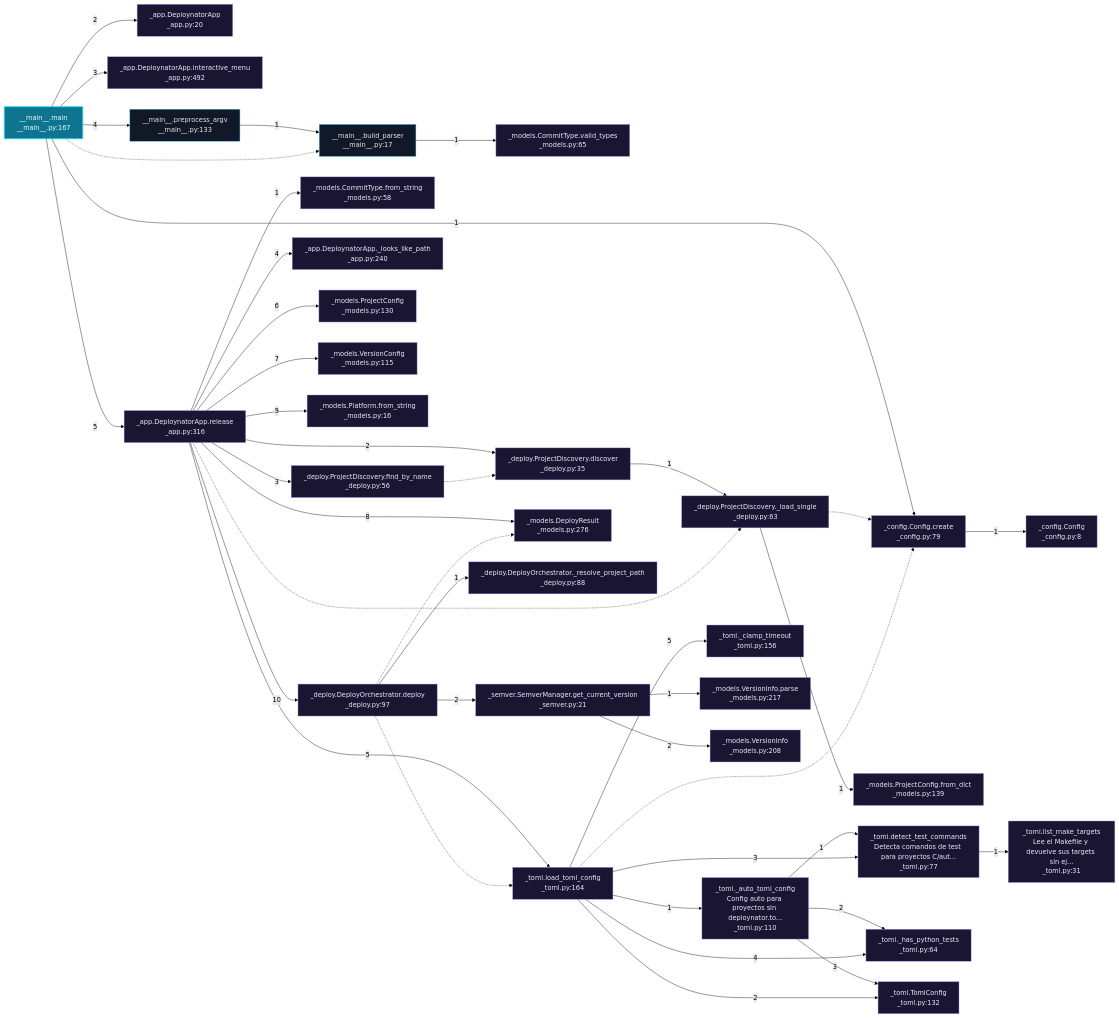
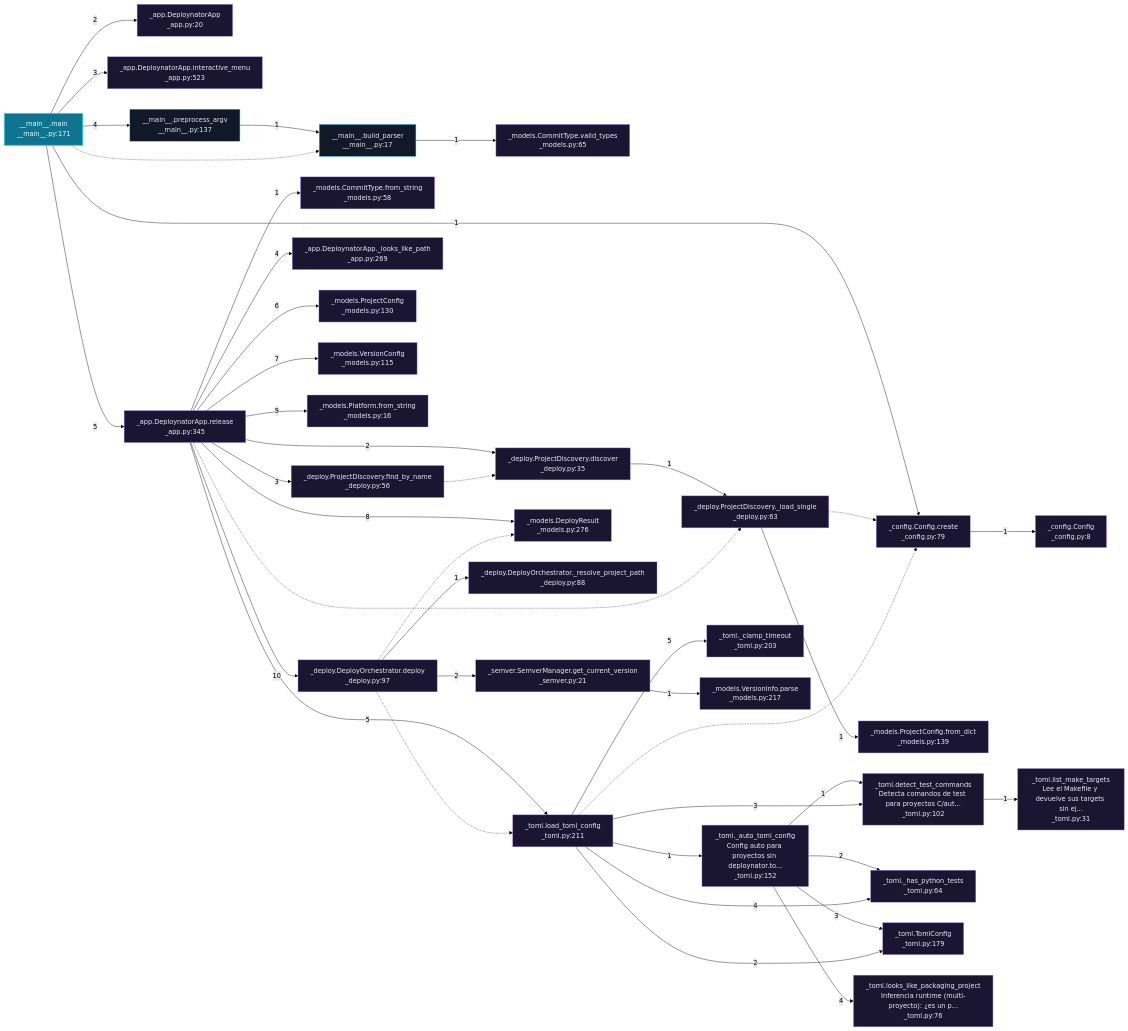
The sixth of 9 diagrams in readmenator-apidocs/architecture.md (grisuno/deploynator), drawn with Mermaid (forest theme) before and after one commit. The commit also changed other lines of this file and 82 other files, not shown here.

First line of the commit message:
test: test: automated release

````diff
--- a/readmenator-apidocs/architecture.md
+++ b/readmenator-apidocs/architecture.md
@@ -319,77 +318,77 @@
 ```mermaid
 flowchart LR
     classDef default fill:#111827,stroke:#38bdf8,color:#e5e7eb;
     classDef entry fill:#0e7490,stroke:#22d3ee,color:#ecfeff,stroke-width:2px;
     classDef external fill:#1a1530,stroke:#a78bfa,color:#ede9fe;
-    n_deploynator___main___py__main["__main__.main<br/>__main__.py:167"]:::entry
+    n_deploynator___main___py__main["__main__.main<br/>__main__.py:171"]:::entry
     n_deploynator__config_py__create["_config.Config.create<br/>_config.py:79"]:::external
     n_deploynator__config_py__Config["_config.Config<br/>_config.py:8"]:::external
     n_deploynator__app_py__DeploynatorApp["_app.DeploynatorApp<br/>_app.py:20"]:::external
-    n_deploynator__app_py__interactive_menu["_app.DeploynatorApp.interactive_menu<br/>_app.py:492"]:::external
-    n_deploynator___main___py__preprocess_argv["__main__.preprocess_argv<br/>__main__.py:133"]:::default
+    n_deploynator__app_py__interactive_menu["_app.DeploynatorApp.interactive_menu<br/>_app.py:523"]:::external
+    n_deploynator___main___py__preprocess_argv["__main__.preprocess_argv<br/>__main__.py:137"]:::default
     n_deploynator___main___py__build_parser["__main__.build_parser<br/>__main__.py:17"]:::default
     n_deploynator__models_py__valid_types["_models.CommitType.valid_types<br/>_models.py:65"]:::external
-    n_deploynator__app_py__release["_app.DeploynatorApp.release<br/>_app.py:316"]:::external
+    n_deploynator__app_py__release["_app.DeploynatorApp.release<br/>_app.py:345"]:::external
     n_deploynator__models_py__from_string_58["_models.CommitType.from_string<br/>_models.py:58"]:::external
     n_deploynator__deploy_py__discover["_deploy.ProjectDiscovery.discover<br/>_deploy.py:35"]:::external
     n_deploynator__deploy_py___load_single["_deploy.ProjectDiscovery._load_single<br/>_deploy.py:63"]:::external
     n_deploynator__models_py__from_dict_139["_models.ProjectConfig.from_dict<br/>_models.py:139"]:::external
     n_deploynator__deploy_py__find_by_name["_deploy.ProjectDiscovery.find_by_name<br/>_deploy.py:56"]:::external
-    n_deploynator__app_py___looks_like_path["_app.DeploynatorApp._looks_like_path<br/>_app.py:240"]:::external
-    n_deploynator__toml_py__load_toml_config["_toml.load_toml_config<br/>_toml.py:164"]:::external
-    n_deploynator__toml_py___auto_toml_config["_toml._auto_toml_config<br/>Config auto para proyectos sin deploynator.to...<br/>_toml.py:110"]:::external
-    n_deploynator__toml_py__detect_test_commands["_toml.detect_test_commands<br/>Detecta comandos de test para proyectos C/aut...<br/>_toml.py:77"]:::external
+    n_deploynator__app_py___looks_like_path["_app.DeploynatorApp._looks_like_path<br/>_app.py:269"]:::external
+    n_deploynator__toml_py__load_toml_config["_toml.load_toml_config<br/>_toml.py:211"]:::external
+    n_deploynator__toml_py___auto_toml_config["_toml._auto_toml_config<br/>Config auto para proyectos sin deploynator.to...<br/>_toml.py:152"]:::external
+    n_deploynator__toml_py__detect_test_commands["_toml.detect_test_commands<br/>Detecta comandos de test para proyectos C/aut...<br/>_toml.py:102"]:::external
     n_deploynator__toml_py___has_python_tests["_toml._has_python_tests<br/>_toml.py:64"]:::external
-    n_deploynator__toml_py__TomlConfig["_toml.TomlConfig<br/>_toml.py:132"]:::external
+    n_deploynator__toml_py__TomlConfig["_toml.TomlConfig<br/>_toml.py:179"]:::external
+    n_deploynator__toml_py__looks_like_packaging_project["_toml.looks_like_packaging_project<br/>Inferencia runtime (multi-proyecto): ¿es un p...<br/>_toml.py:76"]:::external
     n_deploynator__toml_py__list_make_targets["_toml.list_make_targets<br/>Lee el Makefile y devuelve sus targets sin ej...<br/>_toml.py:31"]:::external
-    n_deploynator__toml_py___clamp_timeout["_toml._clamp_timeout<br/>_toml.py:156"]:::external
+    n_deploynator__toml_py___clamp_timeout["_toml._clamp_timeout<br/>_toml.py:203"]:::external
     n_deploynator__models_py__ProjectConfig["_models.ProjectConfig<br/>_models.py:130"]:::external
     n_deploynator__models_py__VersionConfig["_models.VersionConfig<br/>_models.py:115"]:::external
     n_deploynator__models_py__DeployResult["_models.DeployResult<br/>_models.py:276"]:::external
     n_deploynator__models_py__from_string["_models.Platform.from_string<br/>_models.py:16"]:::external
     n_deploynator__deploy_py__deploy["_deploy.DeployOrchestrator.deploy<br/>_deploy.py:97"]:::external
     n_deploynator__deploy_py___resolve_project_path["_deploy.DeployOrchestrator._resolve_project_path<br/>_deploy.py:88"]:::external
     n_deploynator__semver_py__get_current_version["_semver.SemverManager.get_current_version<br/>_semver.py:21"]:::external
     n_deploynator__models_py__parse_217["_models.VersionInfo.parse<br/>_models.py:217"]:::external
-    n_deploynator__models_py__VersionInfo["_models.VersionInfo<br/>_models.py:208"]:::external
     n_deploynator___main___py__main -->|"1"| n_deploynator__config_py__create
     n_deploynator__config_py__create -->|"1"| n_deploynator__config_py__Config
     n_deploynator___main___py__main -->|"2"| n_deploynator__app_py__DeploynatorApp
     n_deploynator___main___py__main -->|"3"| n_deploynator__app_py__interactive_menu
     n_deploynator___main___py__main -->|"4"| n_deploynator___main___py__preprocess_argv
     n_deploynator___main___py__preprocess_argv -->|"1"| n_deploynator___main___py__build_parser
     n_deploynator___main___py__build_parser -->|"1"| n_deploynator__models_py__valid_types
     n_deploynator___main___py__main -.-> n_deploynator___main___py__build_parser
     n_deploynator___main___py__main -->|"5"| n_deploynator__app_py__release
     n_deploynator__app_py__release -->|"1"| n_deploynator__models_py__from_string_58
     n_deploynator__app_py__release -->|"2"| n_deploynator__deploy_py__discover
     n_deploynator__deploy_py__discover -->|"1"| n_deploynator__deploy_py___load_single
     n_deploynator__deploy_py___load_single -.-> n_deploynator__config_py__create
     n_deploynator__deploy_py___load_single -->|"1"| n_deploynator__models_py__from_dict_139
     n_deploynator__app_py__release -->|"3"| n_deploynator__deploy_py__find_by_name
     n_deploynator__deploy_py__find_by_name -.-> n_deploynator__deploy_py__discover
     n_deploynator__app_py__release -->|"4"| n_deploynator__app_py___looks_like_path
     n_deploynator__app_py__release -->|"5"| n_deploynator__toml_py__load_toml_config
     n_deploynator__toml_py__load_toml_config -->|"1"| n_deploynator__toml_py___auto_toml_config
     n_deploynator__toml_py___auto_toml_config -->|"1"| n_deploynator__toml_py__detect_test_commands
     n_deploynator__toml_py___auto_toml_config -->|"2"| n_deploynator__toml_py___has_python_tests
     n_deploynator__toml_py___auto_toml_config -->|"3"| n_deploynator__toml_py__TomlConfig
+    n_deploynator__toml_py___auto_toml_config -->|"4"| n_deploynator__toml_py__looks_like_packaging_project
     n_deploynator__toml_py__load_toml_config -->|"2"| n_deploynator__toml_py__TomlConfig
     n_deploynator__toml_py__load_toml_config -.-> n_deploynator__config_py__create
     n_deploynator__toml_py__load_toml_config -->|"3"| n_deploynator__toml_py__detect_test_commands
     n_deploynator__toml_py__detect_test_commands -->|"1"| n_deploynator__toml_py__list_make_targets
     n_deploynator__toml_py__load_toml_config -->|"4"| n_deploynator__toml_py___has_python_tests
     n_deploynator__toml_py__load_toml_config -->|"5"| n_deploynator__toml_py___clamp_timeout
     n_deploynator__app_py__release -->|"6"| n_deploynator__models_py__ProjectConfig
     n_deploynator__app_py__release -->|"7"| n_deploynator__models_py__VersionConfig
     n_deploynator__app_py__release -.-> n_deploynator__deploy_py___load_single
     n_deploynator__app_py__release -->|"8"| n_deploynator__models_py__DeployResult
     n_deploynator__app_py__release -->|"9"| n_deploynator__models_py__from_string
     n_deploynator__app_py__release -->|"10"| n_deploynator__deploy_py__deploy
     n_deploynator__deploy_py__deploy -->|"1"| n_deploynator__deploy_py___resolve_project_path
     n_deploynator__deploy_py__deploy -.-> n_deploynator__models_py__DeployResult
     n_deploynator__deploy_py__deploy -.-> n_deploynator__toml_py__load_toml_config
     n_deploynator__deploy_py__deploy -->|"2"| n_deploynator__semver_py__get_current_version
     n_deploynator__semver_py__get_current_version -->|"1"| n_deploynator__models_py__parse_217
-    n_deploynator__semver_py__get_current_version -->|"2"| n_deploynator__models_py__VersionInfo
 ```
````
